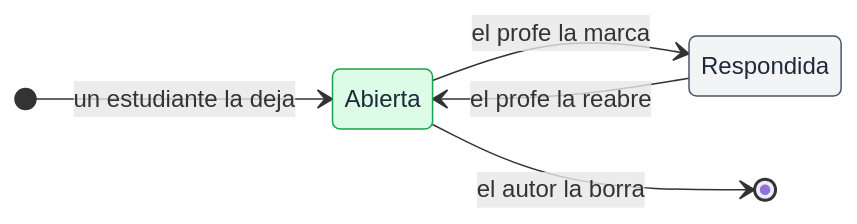
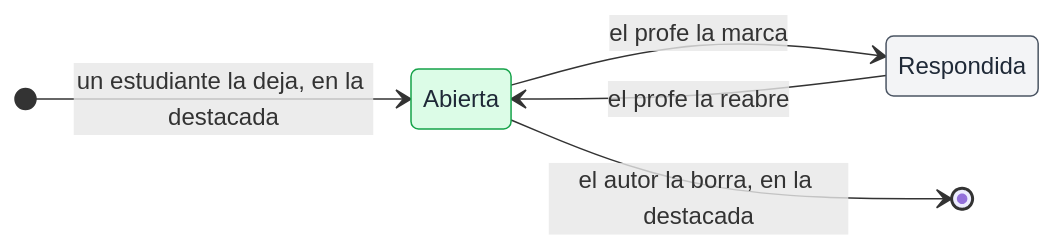
The fourth of 4 diagrams in app/docs/architecture/estados-de-encuestas-y-sesiones.md (filadd/agentic-engineering-famaf-extension-course), drawn with Mermaid before and after one commit. The commit also changed other lines of this file and 12 other files, not shown here.

````diff
--- a/app/docs/architecture/estados-de-encuestas-y-sesiones.md
+++ b/app/docs/architecture/estados-de-encuestas-y-sesiones.md
@@ -59,13 +95,13 @@
 ```mermaid
 stateDiagram-v2
     direction LR
-    [*] --> Abierta: un estudiante la deja
+    [*] --> Abierta: un estudiante la deja, en la destacada
     Abierta --> Respondida: el profe la marca
     Respondida --> Abierta: el profe la reabre
-    Abierta --> [*]: el autor la borra
+    Abierta --> [*]: el autor la borra, en la destacada
 
     classDef grey fill:#f3f4f6,stroke:#4b5563,color:#1f2937
     classDef green fill:#dcfce7,stroke:#16a34a,color:#1f2937
     class Abierta green
     class Respondida grey
 ```
````
